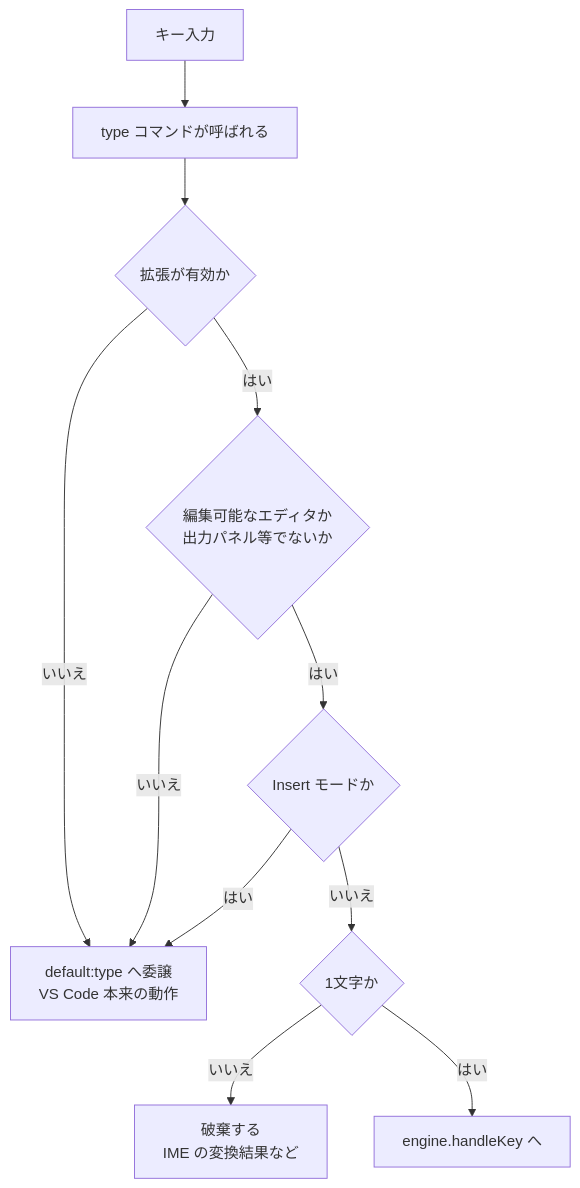
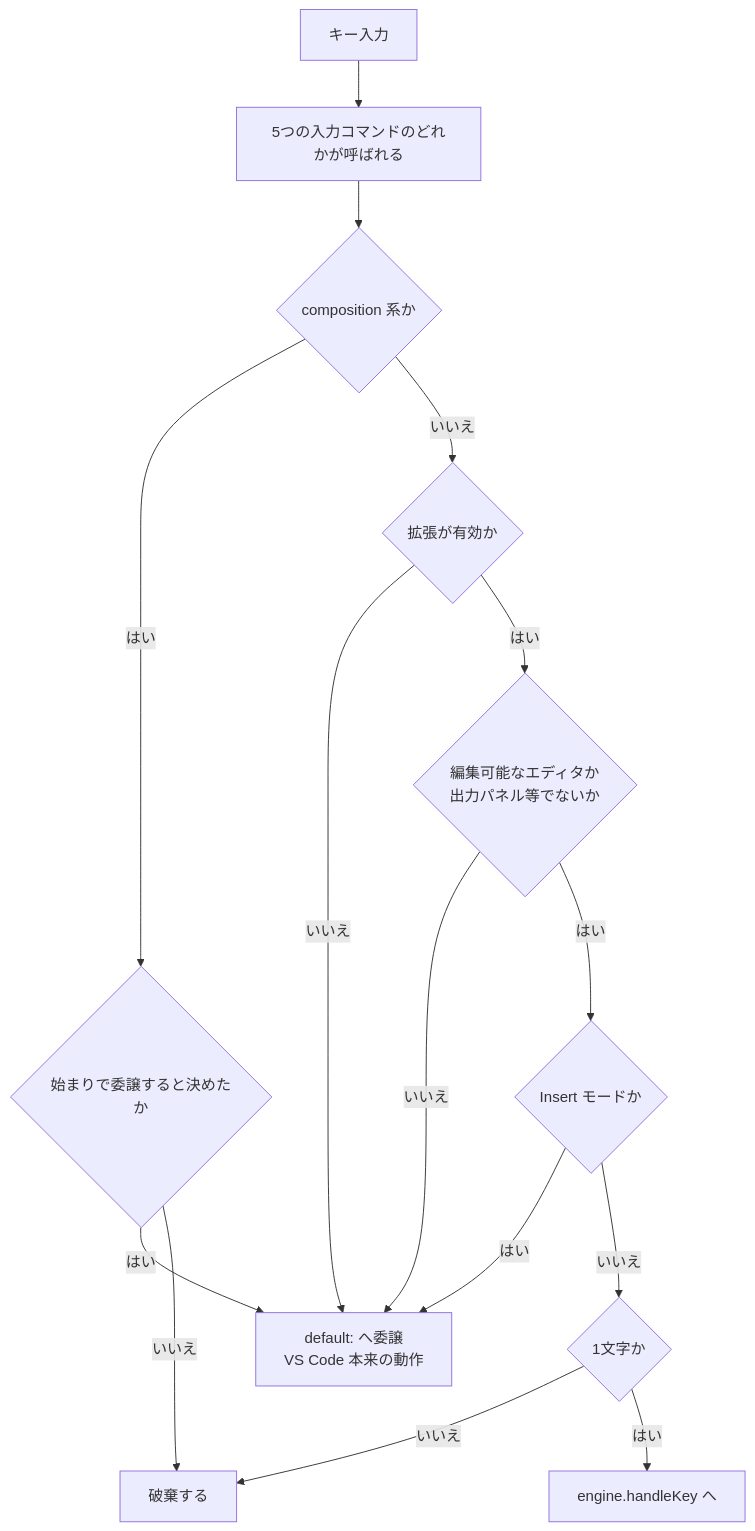
Before and after one commit to onzuka24/vscode-extension-v: the third of 4 diagrams in docs/architecture.md, drawn with Mermaid. The commit also changed other lines of this file and 2 other files, not shown here.

Commit message:
hotfix: fix ime input

````diff
--- a/docs/architecture.md
+++ b/docs/architecture.md
@@ -177,13 +205,17 @@
 ```mermaid
 flowchart TD
-    K["キー入力"] --> T["type コマンドが呼ばれる"]
-    T --> Q1{"拡張が有効か"}
-    Q1 -- いいえ --> D["default:type へ委譲<br/>VS Code 本来の動作"]
+    K["キー入力"] --> T["5つの入力コマンドのどれかが呼ばれる"]
+    T --> C{"composition 系か"}
+    C -- はい --> CS{"始まりで委譲すると決めたか"}
+    CS -- はい --> D["default: へ委譲<br/>VS Code 本来の動作"]
+    CS -- いいえ --> X["破棄する"]
+    C -- いいえ --> Q1{"拡張が有効か"}
+    Q1 -- いいえ --> D
     Q1 -- はい --> Q2{"編集可能なエディタか<br/>出力パネル等でないか"}
     Q2 -- いいえ --> D
     Q2 -- はい --> Q3{"Insert モードか"}
     Q3 -- はい --> D
     Q3 -- いいえ --> Q4{"1文字か"}
-    Q4 -- いいえ --> X["破棄する<br/>IME の変換結果など"]
+    Q4 -- いいえ --> X
     Q4 -- はい --> E["engine.handleKey へ"]
 ```
````
